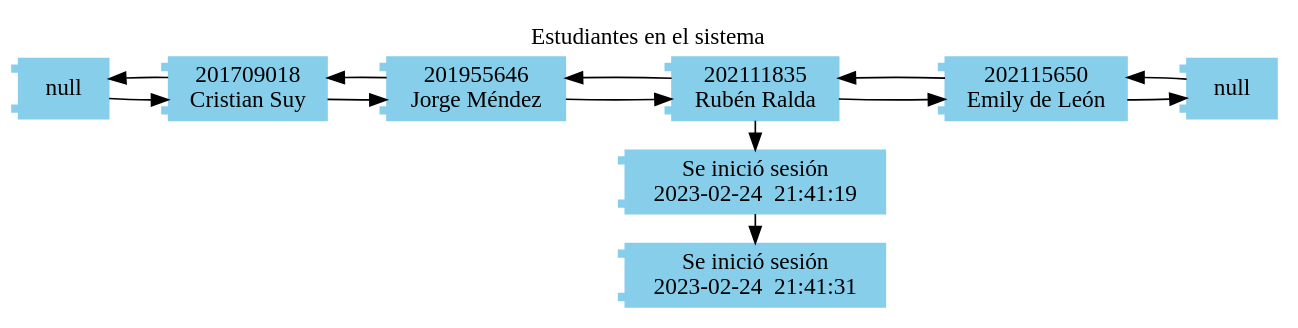
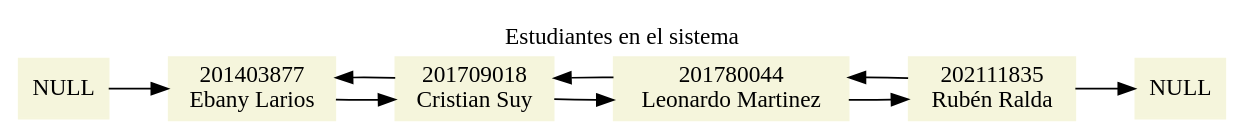
The diagram in textos/aceptados.dot (rubenralda/EDD_1S2023_PY_202111835), drawn with Graphviz before and after one commit. The commit also changed 8 other files, not shown here.

```diff
--- a/textos/aceptados.dot
+++ b/textos/aceptados.dot
@@ -1,20 +1,16 @@
 digraph G{
 
 rankdir=LR; 
- node[shape=component, style=filled, color=skyBlue, fontname="Century Gothic"]; 
+ node[shape=rectangle, style=filled, color=beige, fontname="Century Gothic"]; 
  graph [fontname="Century Gothic"]; 
  labelloc="t"; label="Estudiantes en el sistema"; 
-nodonull1[label="null"];
-nodonull2[label="null"];
-0[label="201709018\nCristian Suy"]
-1[label="201955646\nJorge Méndez"]
-2[label="202111835\nRubén Ralda"]
-3[label="202115650\nEmily de León"]
+nodonull1[label="NULL"];
+nodonull2[label="NULL"];
+0[label="201403877\nEbany Larios"]
+1[label="201709018\nCristian Suy"]
+2[label="201780044\nLeonardo Martinez"]
+3[label="202111835\nRubén Ralda"]
 nodonull1->0 -> 1 -> 2 -> 3->nodonull2;
-nodonull2->3 -> 2 -> 1 -> 0->nodonull1
-n0[label="Se inició sesión\n2023-02-24  21:41:19"]
-n1[label="Se inició sesión\n2023-02-24  21:41:31"]
-2 -> n0 -> n1;
-{rank=same;2,n0,n1}
+3 -> 2 -> 1 -> 0;
 
 }
```
